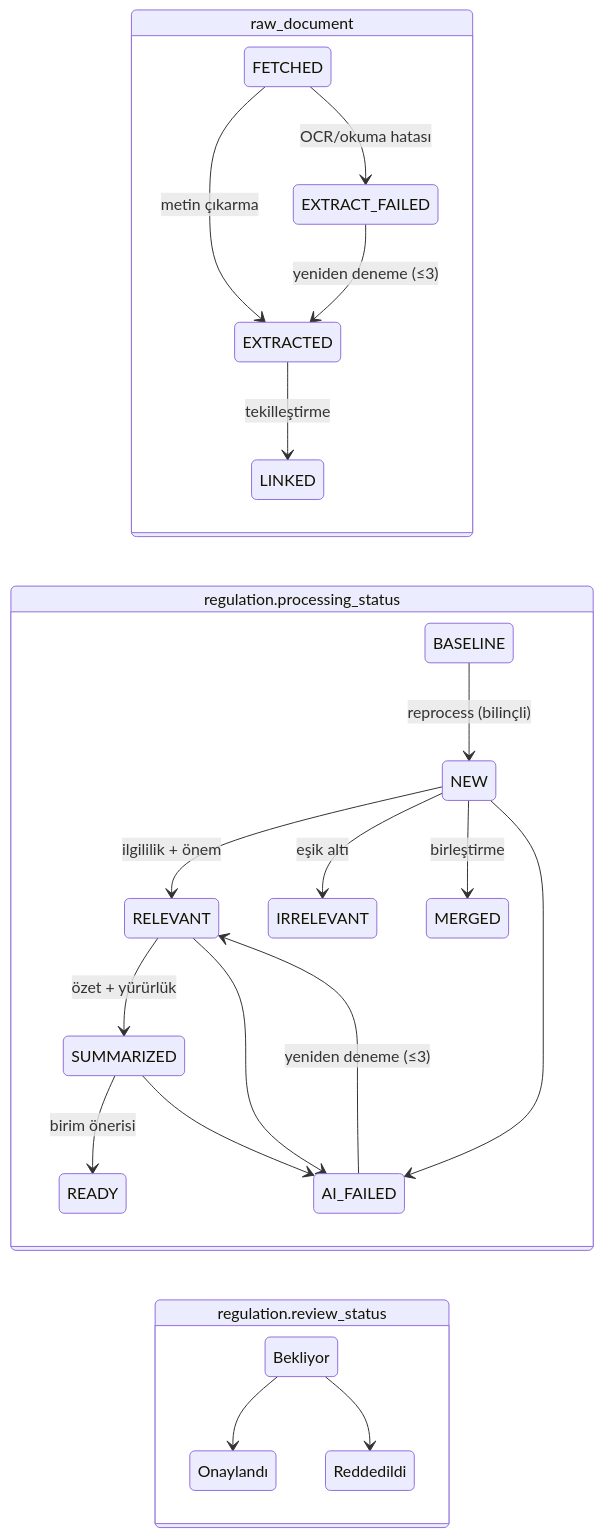
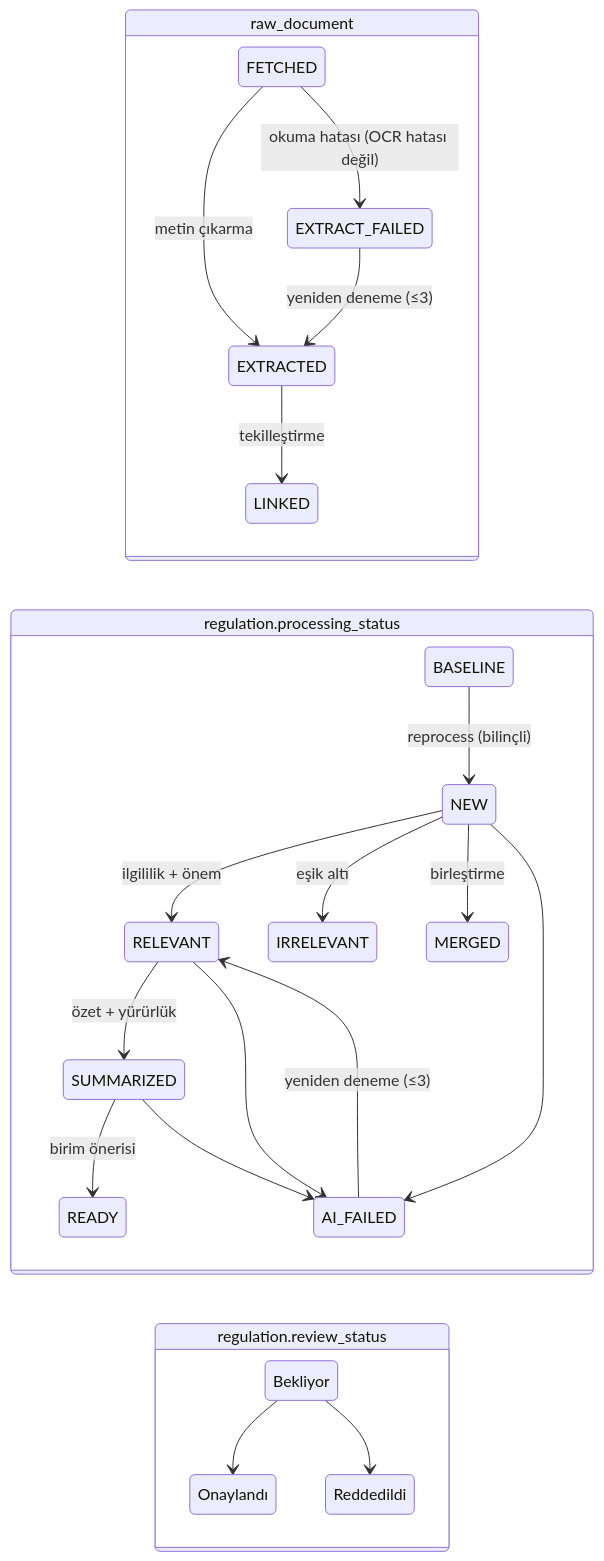
The second of 2 diagrams in docs/ogrenme-rehberi/04-uctan-uca-akis.md (ofyayla/mevzuat_takip), drawn with Mermaid before and after one commit. The commit also changed other lines of this file and 19 other files, not shown here.

````diff
--- a/docs/ogrenme-rehberi/04-uctan-uca-akis.md
+++ b/docs/ogrenme-rehberi/04-uctan-uca-akis.md
@@ -101,29 +103,29 @@
 ```mermaid
 stateDiagram-v2
   direction LR
   state "raw_document" as RAW {
     FETCHED --> EXTRACTED: metin çıkarma
-    FETCHED --> EXTRACT_FAILED: OCR/okuma hatası
+    FETCHED --> EXTRACT_FAILED: okuma hatası (OCR hatası değil)
     EXTRACT_FAILED --> EXTRACTED: yeniden deneme (≤3)
     EXTRACTED --> LINKED: tekilleştirme
   }
   state "regulation.processing_status" as REG {
     BASELINE --> NEW: reprocess (bilinçli)
     NEW --> RELEVANT: ilgililik + önem
     NEW --> IRRELEVANT: eşik altı
     NEW --> MERGED: birleştirme
     NEW --> AI_FAILED
     RELEVANT --> SUMMARIZED: özet + yürürlük
     SUMMARIZED --> READY: birim önerisi
     RELEVANT --> AI_FAILED
     SUMMARIZED --> AI_FAILED
     AI_FAILED --> RELEVANT: yeniden deneme (≤3)
   }
   state "regulation.review_status" as REV {
     state "Bekliyor" as BEKLIYOR
     state "Onaylandı" as ONAY
     state "Reddedildi" as RED
     BEKLIYOR --> ONAY
     BEKLIYOR --> RED
   }
 ```
````
